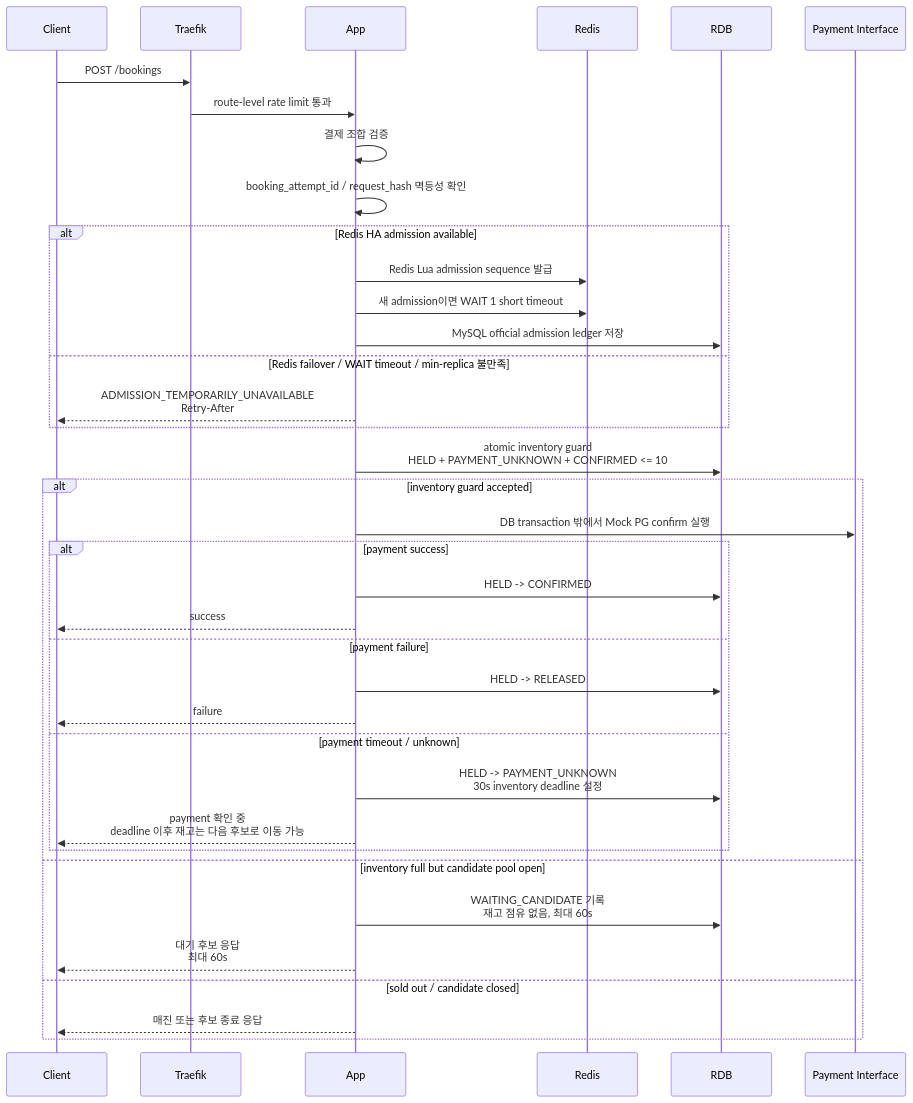
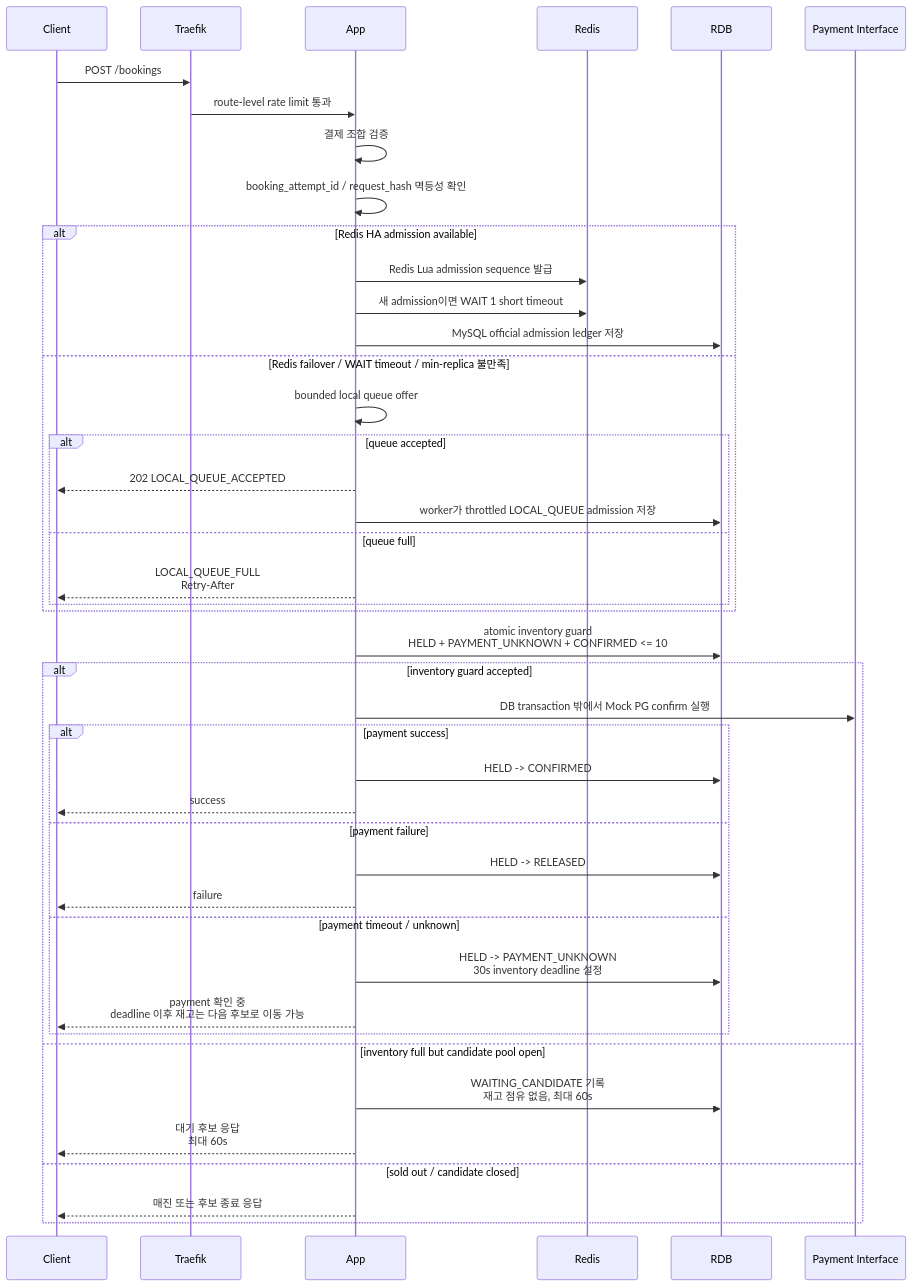
The fourth of 5 diagrams in docs/system-design/sdd.md (lsh1215/peak-booking-system), drawn with Mermaid before and after one commit. The commit also changed other lines of this file and 44 other files, not shown here.

First line of the commit message:
feat: add local queue fallback for Redis outages

````diff
--- a/docs/system-design/sdd.md
+++ b/docs/system-design/sdd.md
@@ -312,40 +315,46 @@
 ```mermaid
 sequenceDiagram
     participant C as Client
     participant T as Traefik
     participant A as App
     participant R as Redis
     participant D as RDB
     participant P as Payment Interface
 
     C->>T: POST /bookings
     T->>A: route-level rate limit 통과
     A->>A: 결제 조합 검증
     A->>A: booking_attempt_id / request_hash 멱등성 확인
     alt Redis HA admission available
         A->>R: Redis Lua admission sequence 발급
         A->>R: 새 admission이면 WAIT 1 short timeout
         A->>D: MySQL official admission ledger 저장
     else Redis failover / WAIT timeout / min-replica 불만족
-        A-->>C: ADMISSION_TEMPORARILY_UNAVAILABLE<br/>Retry-After
+        A->>A: bounded local queue offer
+        alt queue accepted
+            A-->>C: 202 LOCAL_QUEUE_ACCEPTED
+            A->>D: worker가 throttled LOCAL_QUEUE admission 저장
+        else queue full
+            A-->>C: LOCAL_QUEUE_FULL<br/>Retry-After
+        end
     end
     A->>D: atomic inventory guard<br/>HELD + PAYMENT_UNKNOWN + CONFIRMED <= 10
     alt inventory guard accepted
         A->>P: DB transaction 밖에서 Mock PG confirm 실행
         alt payment success
             A->>D: HELD -> CONFIRMED
             A-->>C: success
         else payment failure
             A->>D: HELD -> RELEASED
             A-->>C: failure
         else payment timeout / unknown
             A->>D: HELD -> PAYMENT_UNKNOWN<br/>30s inventory deadline 설정
             A-->>C: payment 확인 중<br/>deadline 이후 재고는 다음 후보로 이동 가능
         end
     else inventory full but candidate pool open
         A->>D: WAITING_CANDIDATE 기록<br/>재고 점유 없음, 최대 60s
         A-->>C: 대기 후보 응답<br/>최대 60s
     else sold out / candidate closed
         A-->>C: 매진 또는 후보 종료 응답
     end
 ```
````
